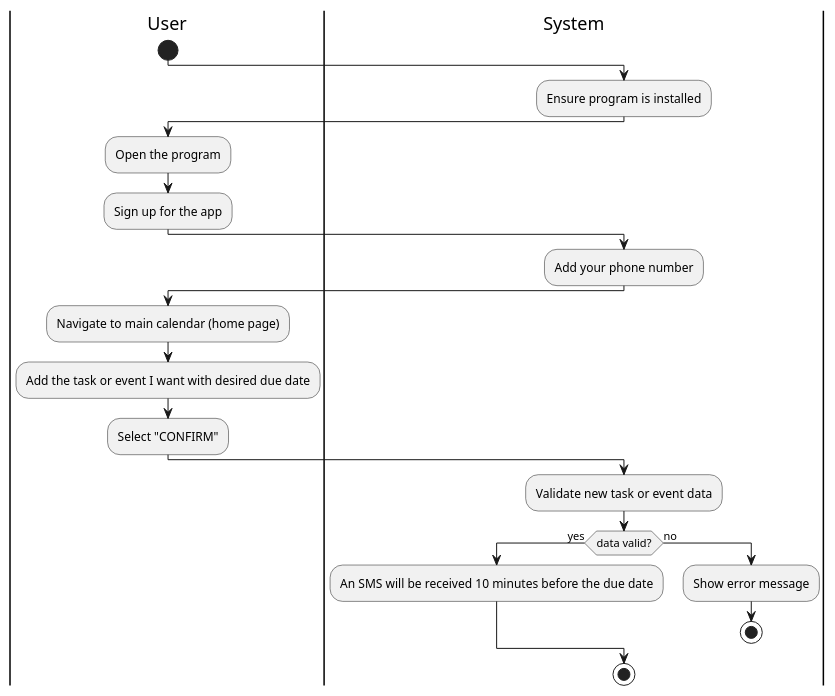
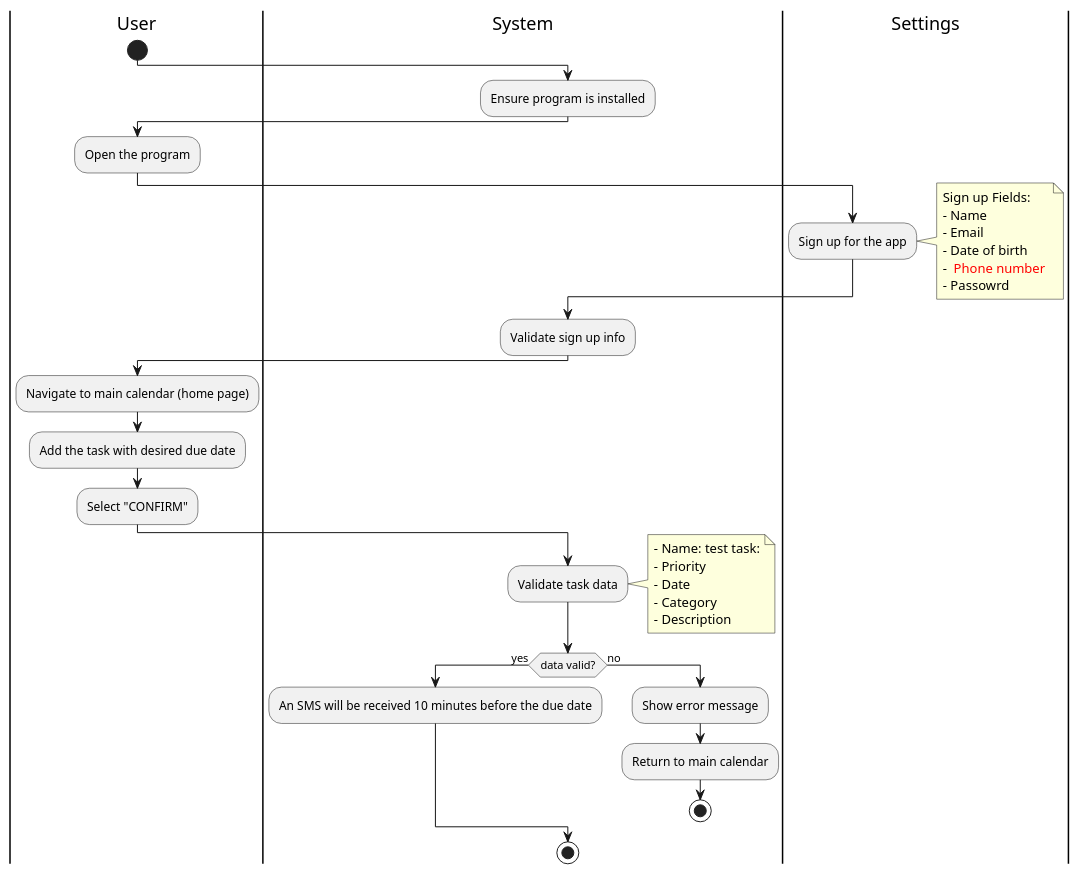
One commit to CS361-2024Fall-Term/Innovators changed the diagram in assignment7/notification_reminder.puml. Above: the diagram before and after it, drawn with PlantUML. The commit also changed 1 other file, not shown here.

Commit message:
add more details nd swimlanes to my diagrams

```diff
--- a/assignment7/notification_reminder.puml
+++ b/assignment7/notification_reminder.puml
@@ -1,35 +1,55 @@
 @startuml
 |User|
 start
 
 |System|
 :Ensure program is installed;
 
 |User|
 :Open the program;
+
+|Settings|
 :Sign up for the app;
 
+note right
+Sign up Fields:
+- Name
+- Email
+- Date of birth
+- <color:red> Phone number </color>
+- Passowrd
+end note
+
 |System|
-:Add your phone number;
+:Validate sign up info;
 
 |User|
 :Navigate to main calendar (home page);
 
 |User|
-:Add the task or event I want with desired due date;
+:Add the task with desired due date;
 :Select "CONFIRM";
 
 |System|
-:Validate new task or event data;
+:Validate task data;
+
+note right
+- Name: test task:
+- Priority
+- Date
+- Category
+- Description
+end note
 
 |System|
 if (data valid?) then (yes)
   :An SMS will be received 10 minutes before the due date;
 else (no)
   :Show error message;
+  :Return to main calendar;
 stop
 endif
  
 stop
 
 @enduml
```
